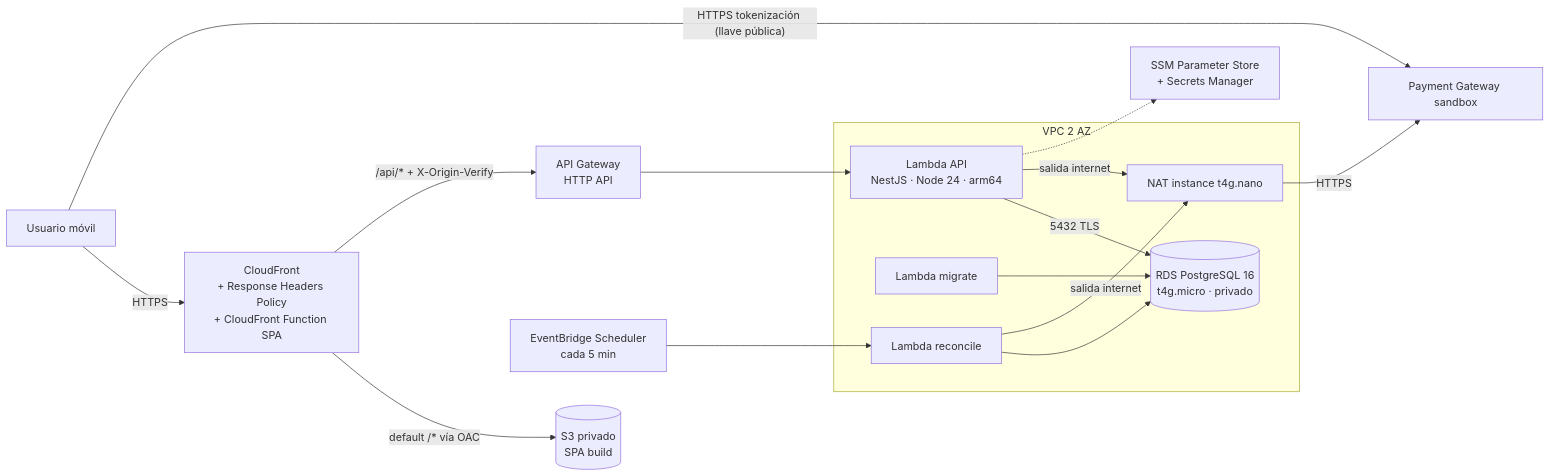
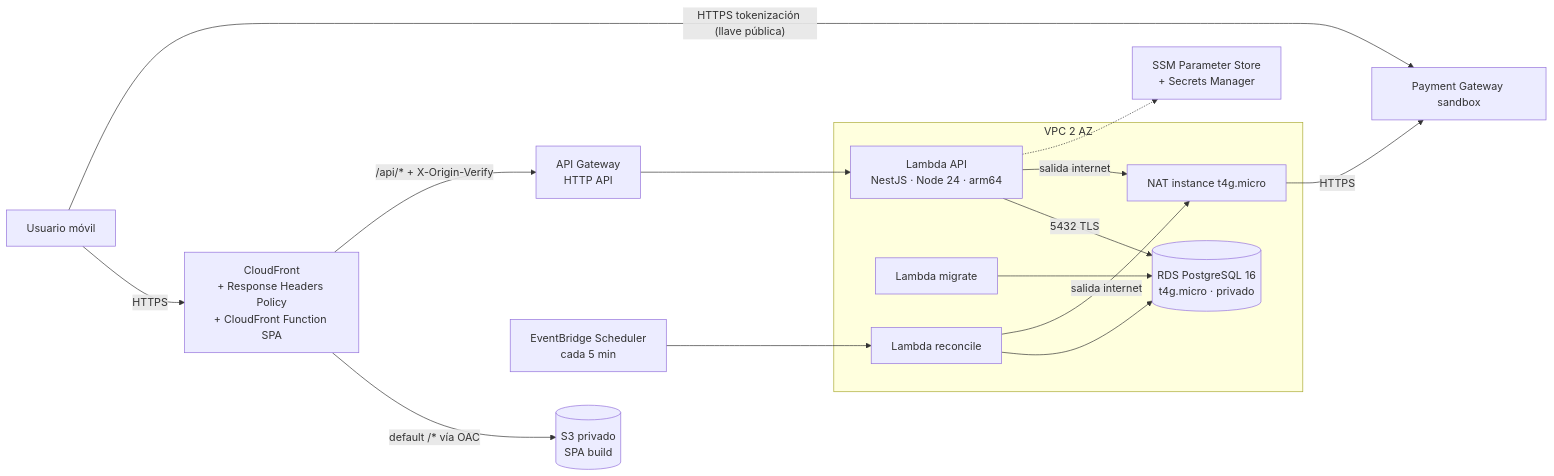
Before and after one commit to sosoriogomez/PaymentFullStack: the diagram in docs/specs/spec-cloud.md, drawn with Mermaid. The commit also changed other lines of this file and 6 other files, not shown here.

First line of the commit message:
fix(infra): launch the NAT instance on a Free plan eligible type

````diff
--- a/docs/specs/spec-cloud.md
+++ b/docs/specs/spec-cloud.md
@@ -19,18 +19,18 @@
 ```mermaid
 flowchart LR
   U[Usuario móvil] -->|HTTPS| CF[CloudFront<br/>+ Response Headers Policy<br/>+ CloudFront Function SPA]
   CF -->|"default /* vía OAC"| S3[(S3 privado<br/>SPA build)]
   CF -->|"/api/* + X-Origin-Verify"| APIGW[API Gateway<br/>HTTP API]
   APIGW --> L[Lambda API<br/>NestJS · Node 24 · arm64]
   subgraph VPC [VPC 2 AZ]
     L -->|5432 TLS| RDS[(RDS PostgreSQL 16<br/>t4g.micro · privado)]
     M[Lambda migrate] --> RDS
     R[Lambda reconcile] --> RDS
-    L -->|salida internet| NAT[NAT instance t4g.nano]
+    L -->|salida internet| NAT[NAT instance t4g.micro]
     R -->|salida internet| NAT
   end
   SCH[EventBridge Scheduler<br/>cada 5 min] --> R
   NAT -->|HTTPS| PG[Payment Gateway sandbox]
   L -.-> SSM[SSM Parameter Store<br/>+ Secrets Manager]
   U -->|"HTTPS tokenización (llave pública)"| PG
 ```
````
